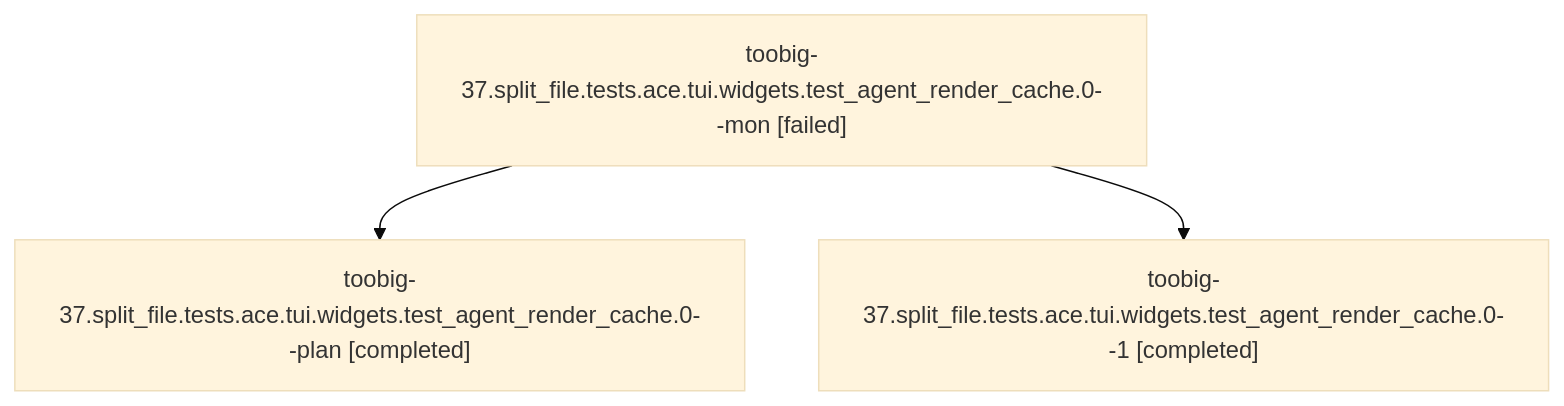
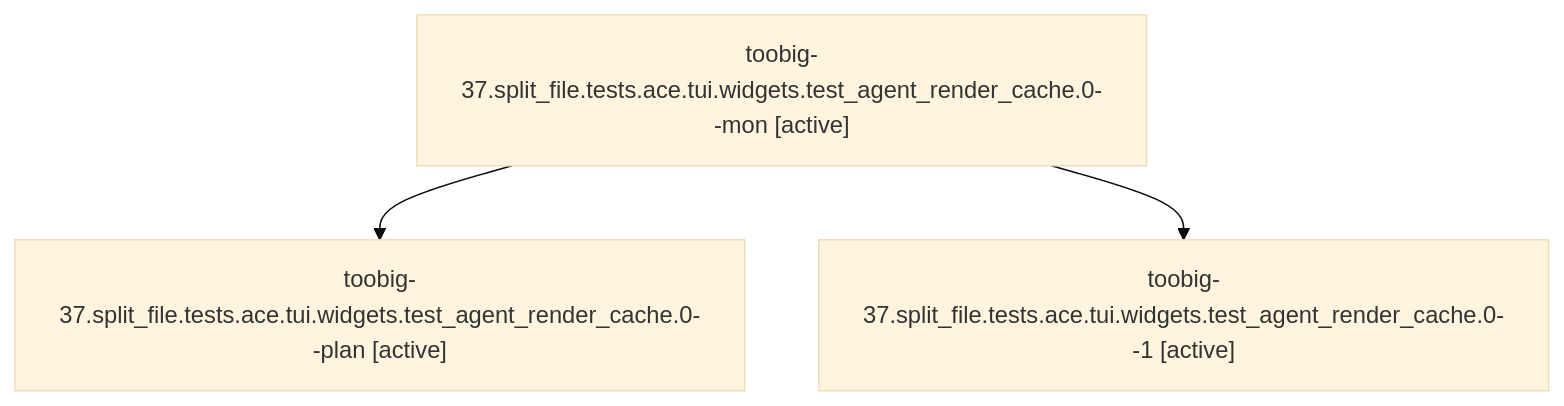
The diagram in families/bbugyi200.athena.toobig-37.split_file.tests.ace.tui.widgets.test_agent_render_cache.0.md (sase-org/sase--agents), drawn with Mermaid (base theme) before and after one commit. The commit also changed other lines of this file and 35830 other files, not shown here.

````diff
--- a/families/bbugyi200.athena.toobig-37.split_file.tests.ace.tui.widgets.test_agent_render_cache.0.md
+++ b/families/bbugyi200.athena.toobig-37.split_file.tests.ace.tui.widgets.test_agent_render_cache.0.md
@@ -9,8 +9,8 @@
 ```mermaid
 flowchart TD
-  n0["toobig-37.split_file.tests.ace.tui.widgets.test_agent_render_cache.0--mon [failed]"]
-  n1["toobig-37.split_file.tests.ace.tui.widgets.test_agent_render_cache.0--plan [completed]"]
+  n0["toobig-37.split_file.tests.ace.tui.widgets.test_agent_render_cache.0--mon [active]"]
+  n1["toobig-37.split_file.tests.ace.tui.widgets.test_agent_render_cache.0--plan [active]"]
   n0 --> n1
-  n2["toobig-37.split_file.tests.ace.tui.widgets.test_agent_render_cache.0--1 [completed]"]
+  n2["toobig-37.split_file.tests.ace.tui.widgets.test_agent_render_cache.0--1 [active]"]
   n0 --> n2
 ```
````
